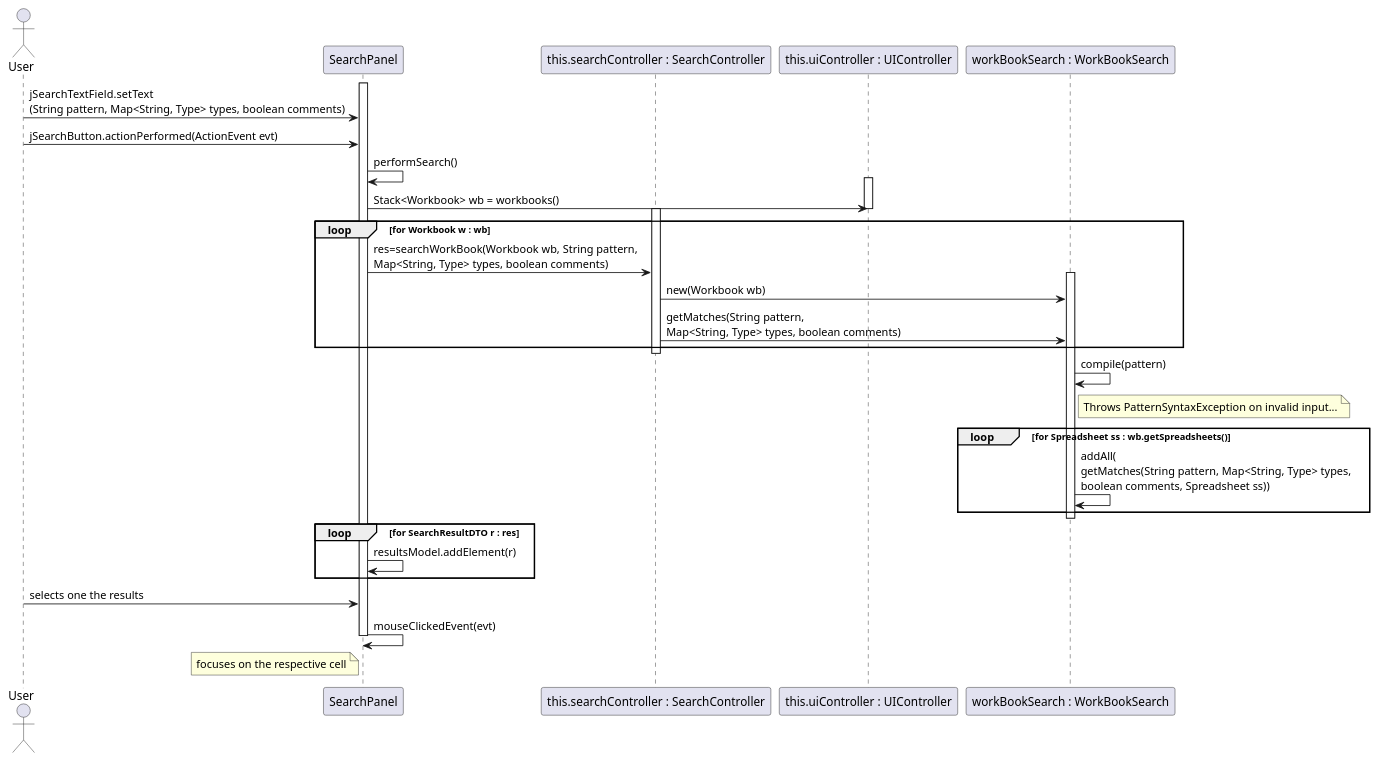
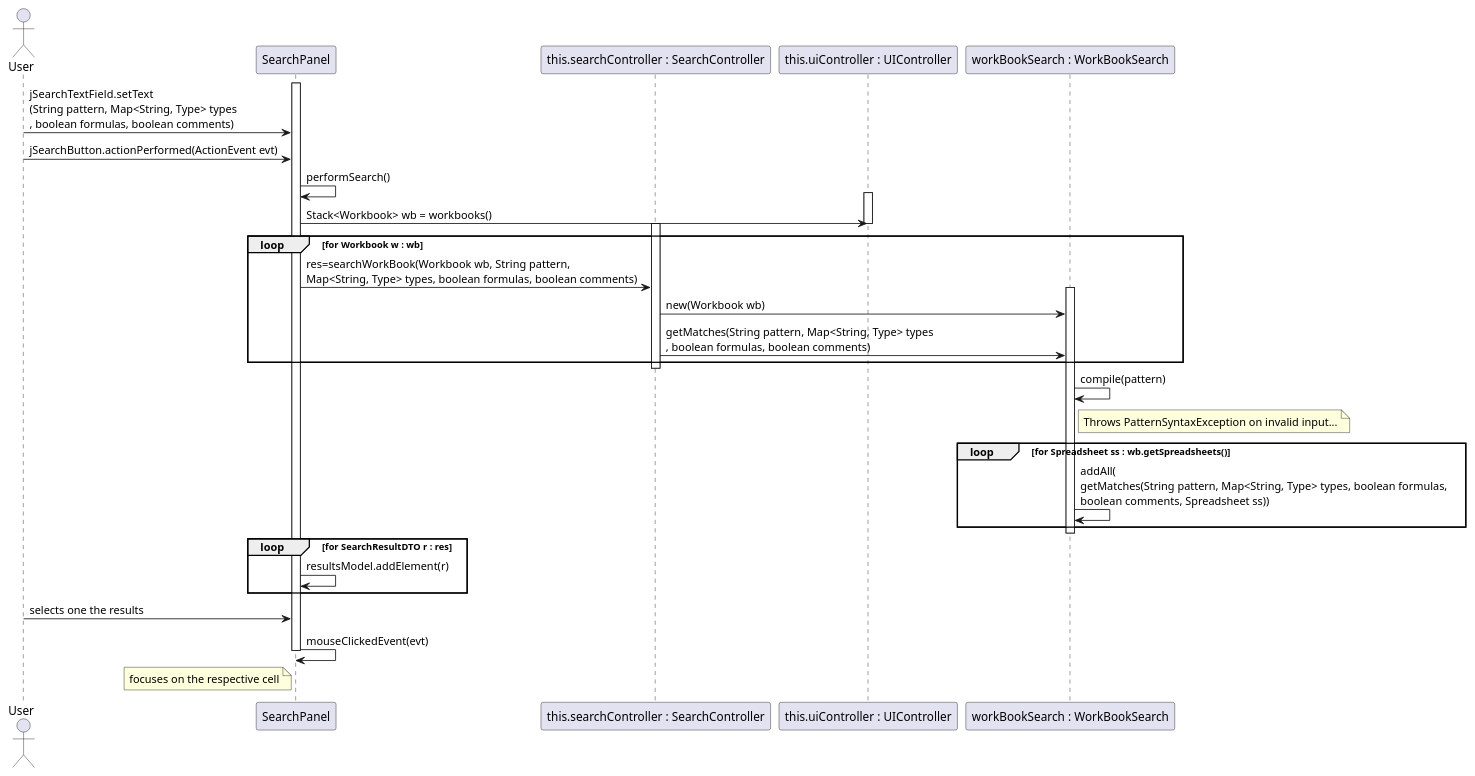
Before and after one commit to RubenTeixeira/cleansheets_isep_2dg_2016: the diagram in src/main/java/csheets/worklog/n1140329/sprint3/core07_02_design_2.puml, drawn with PlantUML. The commit also changed 9 other files, not shown here.

```diff
--- a/src/main/java/csheets/worklog/n1140329/sprint3/core07_02_design_2.puml
+++ b/src/main/java/csheets/worklog/n1140329/sprint3/core07_02_design_2.puml
@@ -1,42 +1,42 @@
   @startuml doc-files/core07_02_design_2.png
   actor User
   participant SearchPanel as SP
   participant "this.searchController : SearchController" as SC
   participant "this.uiController : UIController" as UIC
   participant "workBookSearch : WorkBookSearch" as wbs
 
   activate SP
-  User -> SP : jSearchTextField.setText\n(String pattern, Map<String, Type> types, boolean comments)
+  User -> SP : jSearchTextField.setText\n(String pattern, Map<String, Type> types\n, boolean formulas, boolean comments)
   User -> SP : jSearchButton.actionPerformed(ActionEvent evt)
   SP -> SP : performSearch()
   activate UIC
   SP -> UIC : Stack<Workbook> wb = workbooks()
   deactivate UIC
 
   activate SC
   loop for Workbook w : wb
-  SP -> SC : res=searchWorkBook(Workbook wb, String pattern,\nMap<String, Type> types, boolean comments)
+  SP -> SC : res=searchWorkBook(Workbook wb, String pattern,\nMap<String, Type> types, boolean formulas, boolean comments)
   activate wbs
   SC -> wbs : new(Workbook wb)
-  SC -> wbs : getMatches(String pattern,\nMap<String, Type> types, boolean comments)
+  SC -> wbs : getMatches(String pattern, Map<String, Type> types\n, boolean formulas, boolean comments)
   end loop
   deactivate SC
 
   wbs -> wbs : compile(pattern)
   note right of wbs
         Throws PatternSyntaxException on invalid input...
   end note
   loop for Spreadsheet ss : wb.getSpreadsheets()
-  	wbs -> wbs : addAll(\ngetMatches(String pattern, Map<String, Type> types,\nboolean comments, Spreadsheet ss))
+  	wbs -> wbs : addAll(\ngetMatches(String pattern, Map<String, Type> types, boolean formulas,\nboolean comments, Spreadsheet ss))
   end
   deactivate wbs
   loop for SearchResultDTO r : res
   	SP -> SP : resultsModel.addElement(r)
   end
 
   User -> SP : selects one the results
   SP -> SP : mouseClickedEvent(evt)
   note left of SP : focuses on the respective cell
 
   deactivate SP
   @enduml
```
